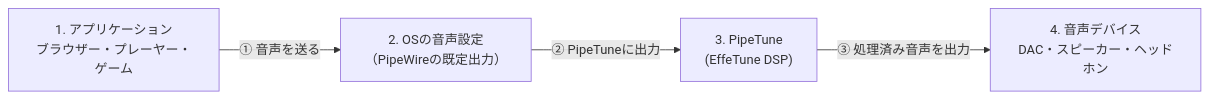
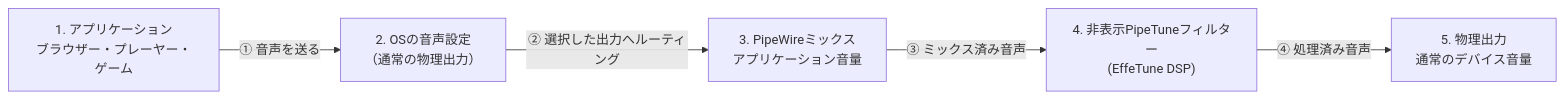
The diagram in README_ja.md (kekyo/pipetune), drawn with Mermaid before and after one commit. The commit also changed other lines of this file and 4 other files, not shown here.

````diff
--- a/README_ja.md
+++ b/README_ja.md
@@ -120,11 +127,13 @@
 ```mermaid
 flowchart LR
     app["1. アプリケーション<br/>ブラウザー・プレーヤー・ゲーム"]
-    os["2. OSの音声設定<br/>（PipeWireの既定出力）"]
-    tune["3. PipeTune<br/>(EffeTune DSP)"]
-    device["4. 音声デバイス<br/>DAC・スピーカー・ヘッドホン"]
+    os["2. OSの音声設定<br/>（通常の物理出力）"]
+    mix["3. PipeWireミックス<br/>アプリケーション音量"]
+    tune["4. 非表示PipeTuneフィルター<br/>(EffeTune DSP)"]
+    device["5. 物理出力<br/>通常のデバイス音量"]
 
     app -->|"① 音声を送る"| os
-    os -->|"② PipeTuneに出力"| tune
-    tune -->|"③ 処理済み音声を出力"| device
+    os -->|"② 選択した出力へルーティング"| mix
+    mix -->|"③ ミックス済み音声"| tune
+    tune -->|"④ 処理済み音声"| device
 ```
````
